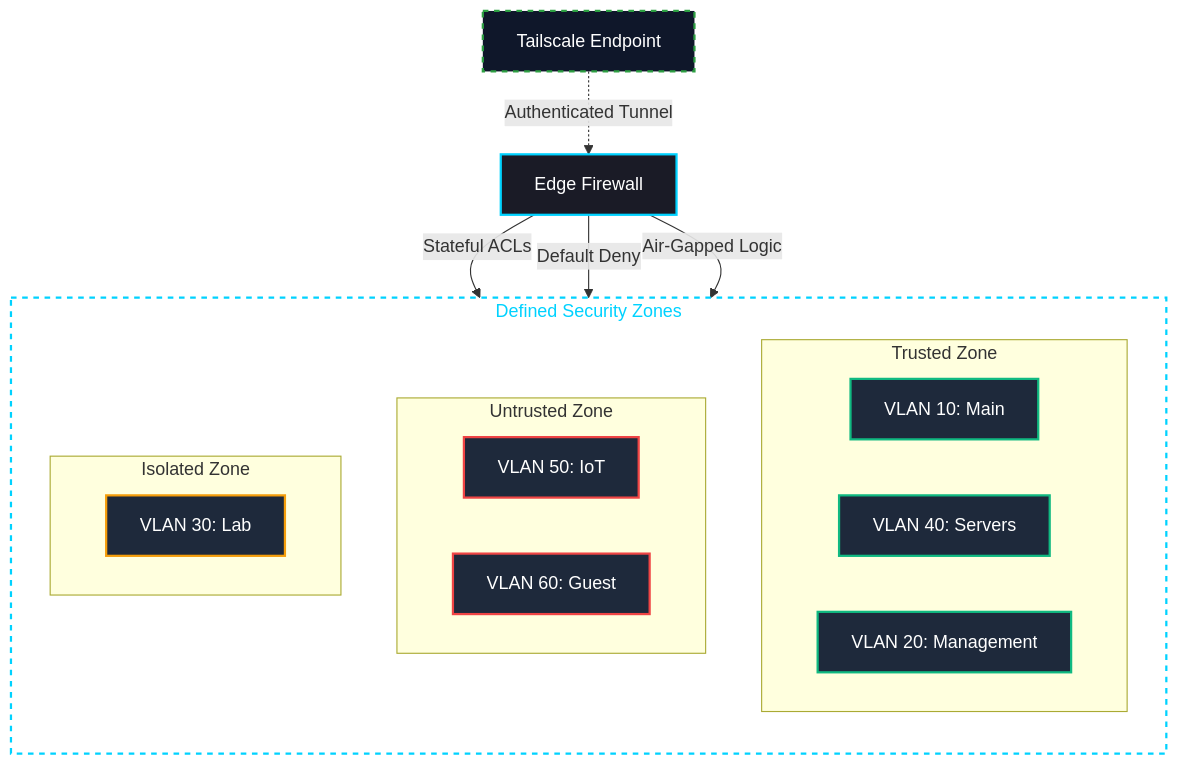
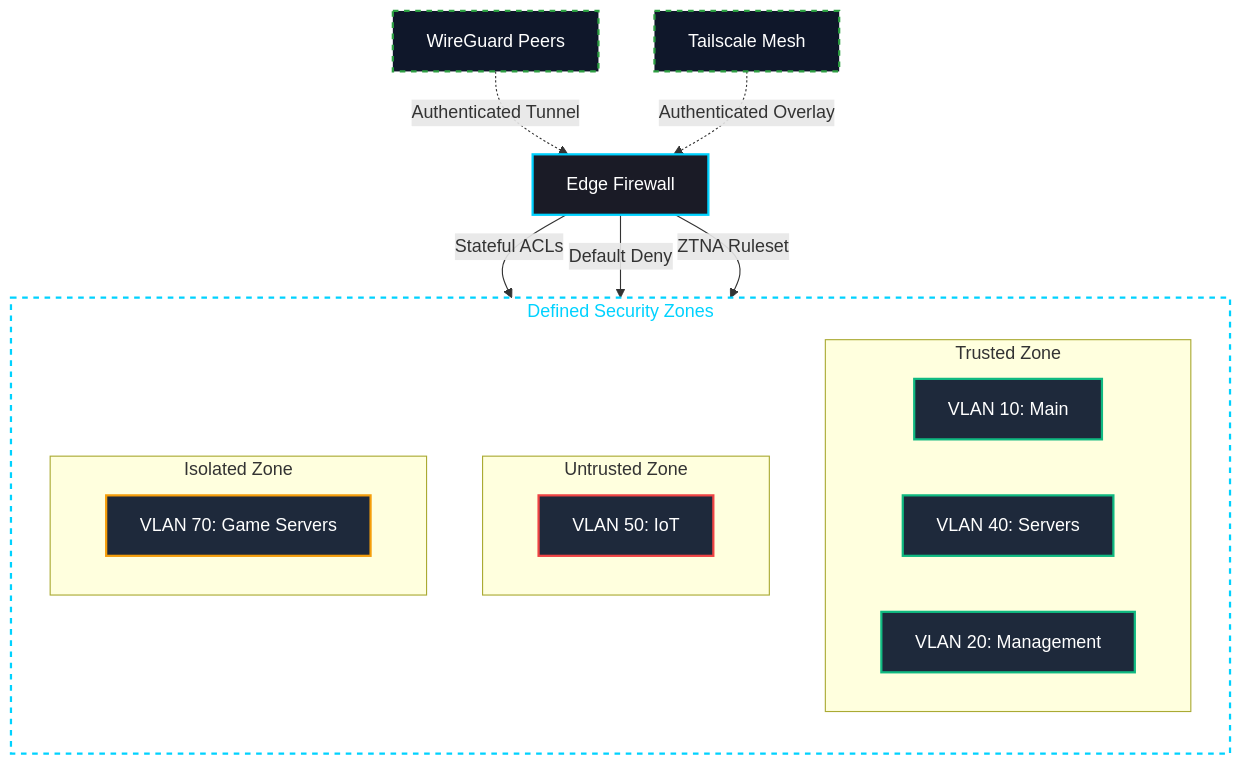
Before and after one commit to gurvinny/home-network-lab: the diagram in security/README.md, drawn with Mermaid. The commit also changed other lines of this file and 2 other files, not shown here.

First line of the commit message:
docs: remove undeployed VLANs 30 and 60, propagate VLAN 70

````diff
--- a/security/README.md
+++ b/security/README.md
@@ -21,40 +21,40 @@
 ```mermaid
 flowchart TB
     %% Cyber Sec Grey/Blue Theme
     classDef firewall fill:#1a1b26,stroke:#00d2ff,stroke-width:2px,color:#ffffff;
     classDef zone fill:#00000000,stroke:#00d2ff,stroke-width:2px,color:#00d2ff,stroke-dasharray: 5 5;
     classDef trusted fill:#1e293b,stroke:#10b981,stroke-width:2px,color:#ffffff;
     classDef untrusted fill:#1e293b,stroke:#ef4444,stroke-width:2px,color:#ffffff;
     classDef isolated fill:#1e293b,stroke:#f59e0b,stroke-width:2px,color:#ffffff;
     classDef vpn fill:#0f172a,stroke:#2ea043,stroke-width:2px,color:#ffffff,stroke-dasharray: 5 5;
 
     FW["Edge Firewall"]:::firewall
-    RemoteAccess["Tailscale Endpoint"]:::vpn -.->|"Authenticated Tunnel"| FW
+    WG["WireGuard Peers"]:::vpn -.->|"Authenticated Tunnel"| FW
+    TS["Tailscale Mesh"]:::vpn -.->|"Authenticated Overlay"| FW
 
     subgraph Security_Zones ["Defined Security Zones"]
         direction TB
 
         subgraph Trusted_Zone ["Trusted Zone"]
             direction LR
             VLAN10["VLAN 10: Main"]:::trusted
             VLAN40["VLAN 40: Servers"]:::trusted
             VLAN20["VLAN 20: Management"]:::trusted
         end
 
         subgraph Untrusted_Zone ["Untrusted Zone"]
             direction LR
             VLAN50["VLAN 50: IoT"]:::untrusted
-            VLAN60["VLAN 60: Guest"]:::untrusted
         end
 
         subgraph Isolated_Zone ["Isolated Zone"]
             direction LR
-            VLAN30["VLAN 30: Lab"]:::isolated
+            VLAN70["VLAN 70: Game Servers"]:::isolated
         end
     end
     class Security_Zones zone;
 
     FW -->|"Stateful ACLs"| Trusted_Zone
     FW -->|"Default Deny"| Untrusted_Zone
-    FW -->|"Air-Gapped Logic"| Isolated_Zone
+    FW -->|"ZTNA Ruleset"| Isolated_Zone
 ```
````
